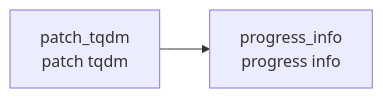
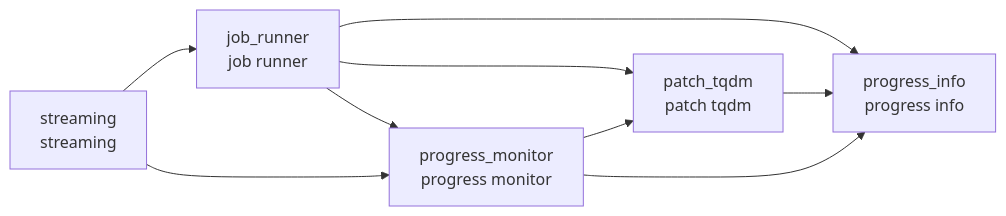
The diagram in README.md (cj-mills/cjm-tqdm-capture), drawn with Mermaid before and after one commit. The commit also changed other lines of this file and 14 other files, not shown here.

Commit message:
Implement ProgressMonitor class, JobRunner class, and sse_stream function.

````diff
--- a/README.md
+++ b/README.md
@@ -22,7 +25,17 @@
 ``` mermaid
 graph LR
+    job_runner[job_runner<br/>job runner]
     patch_tqdm[patch_tqdm<br/>patch tqdm]
     progress_info[progress_info<br/>progress info]
+    progress_monitor[progress_monitor<br/>progress monitor]
+    streaming[streaming<br/>streaming]
 
+    job_runner --> patch_tqdm
+    job_runner --> progress_monitor
+    job_runner --> progress_info
     patch_tqdm --> progress_info
+    progress_monitor --> patch_tqdm
+    progress_monitor --> progress_info
+    streaming --> progress_monitor
+    streaming --> job_runner
 ```
````
